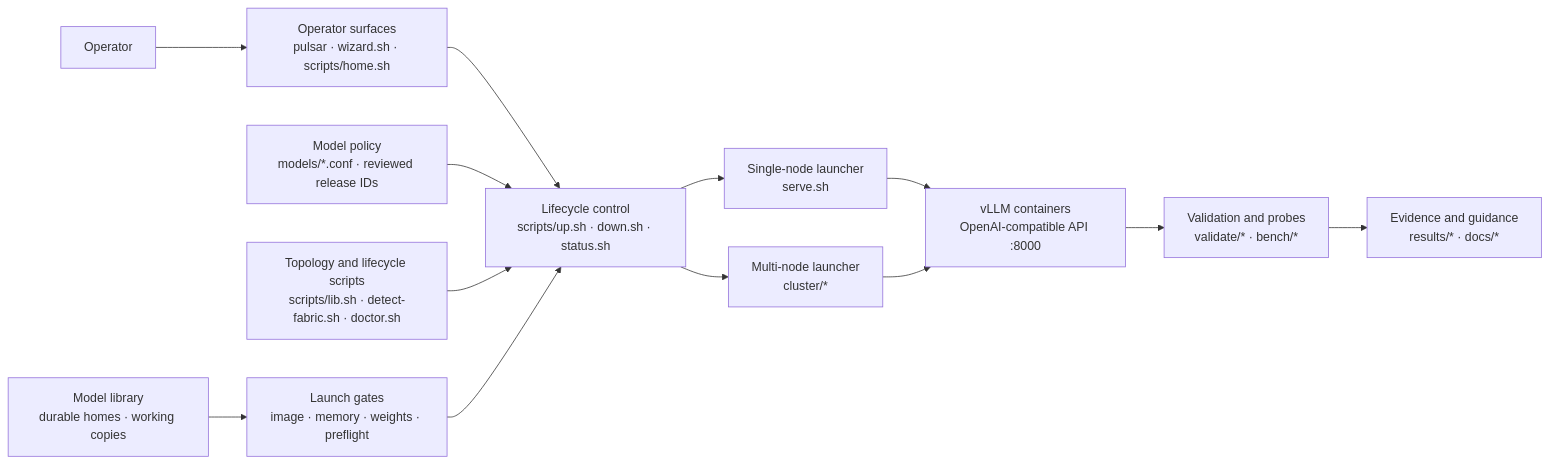
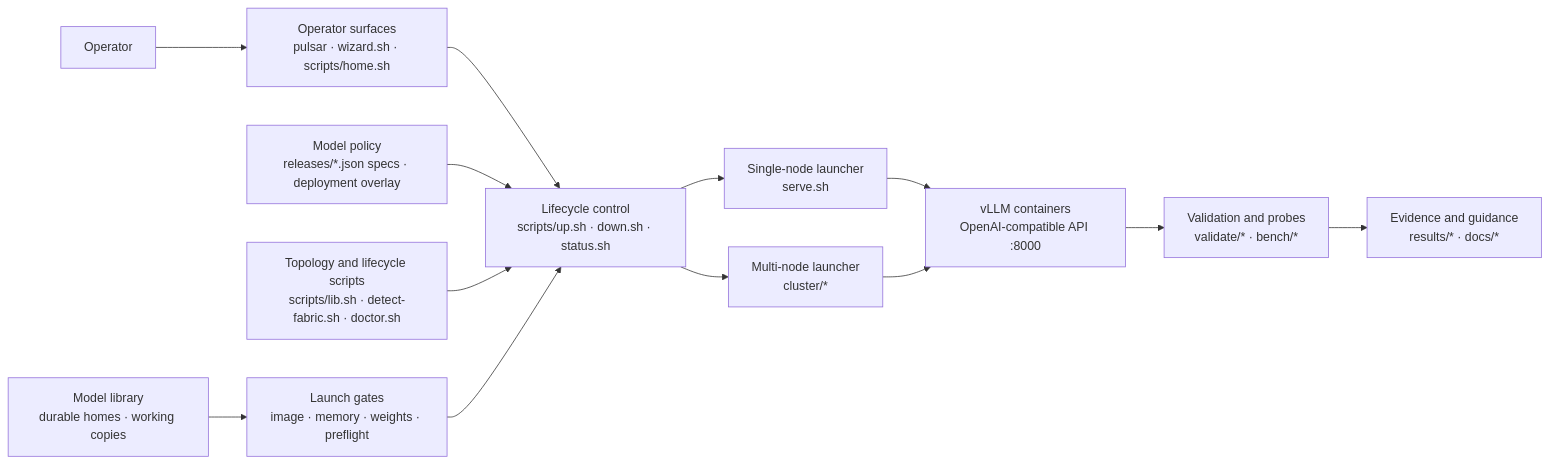
One commit to luisefigueroa/pulsar-gb10-vllm-stack changed the diagram in AGENTS.md. Above: the diagram before and after it, drawn with Mermaid. The commit also changed other lines of this file and 67 other files, not shown here.

````diff
--- a/AGENTS.md
+++ b/AGENTS.md
@@ -9,19 +9,19 @@
 ```mermaid
 flowchart LR
   operator["Operator"] --> surfaces["Operator surfaces<br/>pulsar · wizard.sh · scripts/home.sh"]
   surfaces --> lifecycle["Lifecycle control<br/>scripts/up.sh · down.sh · status.sh"]
 
-  profiles["Model policy<br/>models/*.conf · reviewed release IDs"] --> lifecycle
+  profiles["Model policy<br/>releases/*.json specs · deployment overlay"] --> lifecycle
   topology["Topology and lifecycle scripts<br/>scripts/lib.sh · detect-fabric.sh · doctor.sh"] --> lifecycle
   artifacts["Launch gates<br/>image · memory · weights · preflight"] --> lifecycle
 
   lifecycle --> single["Single-node launcher<br/>serve.sh"]
   lifecycle --> cluster["Multi-node launcher<br/>cluster/*"]
   single --> runtime["vLLM containers<br/>OpenAI-compatible API :8000"]
   cluster --> runtime
 
   library["Model library<br/>durable homes · working copies"] --> artifacts
 
   runtime --> validation["Validation and probes<br/>validate/* · bench/*"]
   validation --> evidence["Evidence and guidance<br/>results/* · docs/*"]
 ```
````
